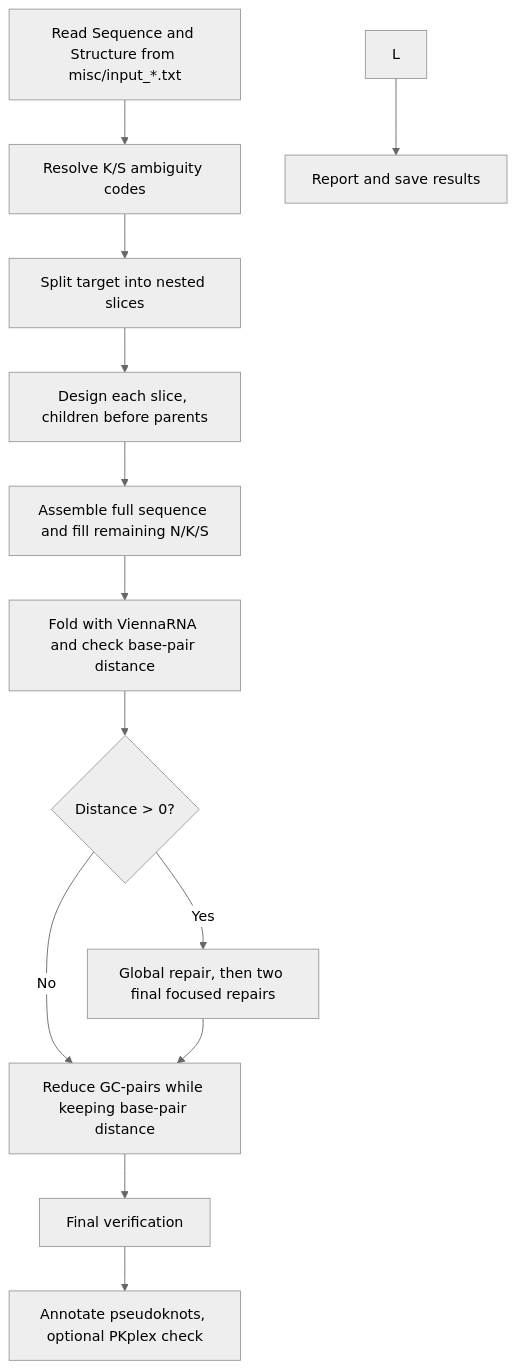
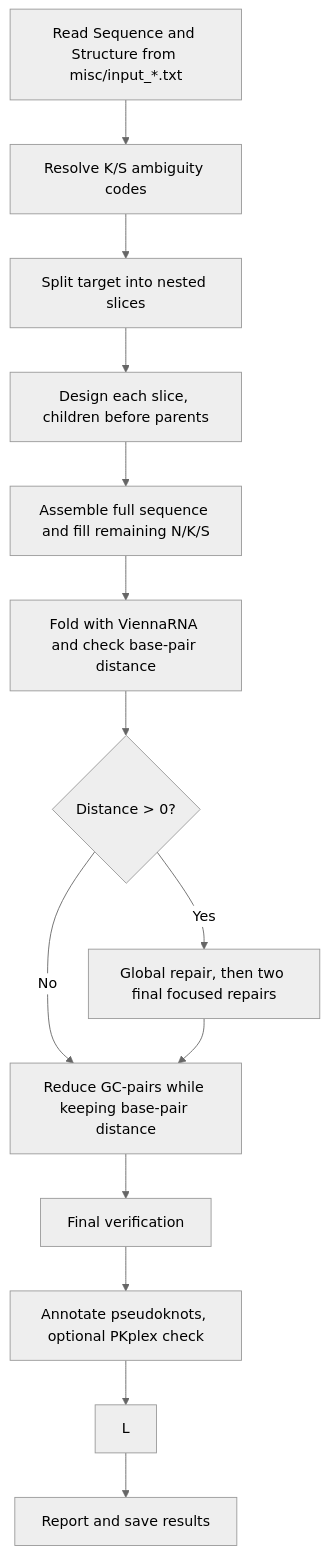
The first of 3 diagrams in README.md (HenrikMengkrogen/Ribologic_iGEM_BACKUP), drawn with Mermaid (neutral theme) before and after one commit.

````diff
--- a/README.md
+++ b/README.md
@@ -36,15 +36,16 @@
 ```mermaid
 flowchart TD
     A[Read Sequence and Structure from misc/input_*.txt] --> B[Resolve K/S ambiguity codes]
     B --> C[Split target into nested slices]
     C --> D[Design each slice, children before parents]
     D --> E[Assemble full sequence and fill remaining N/K/S]
     E --> F[Fold with ViennaRNA and check base-pair distance]
     F --> G{Distance > 0?}
     G -- Yes --> H[Global repair, then two final focused repairs]
     G -- No --> I[Reduce GC-pairs while keeping base-pair distance]
     H --> I
     I --> J[Final verification]
     J --> K[Annotate pseudoknots, optional PKplex check]
+    K--> L
     L --> M[Report and save results]
 ```
````
